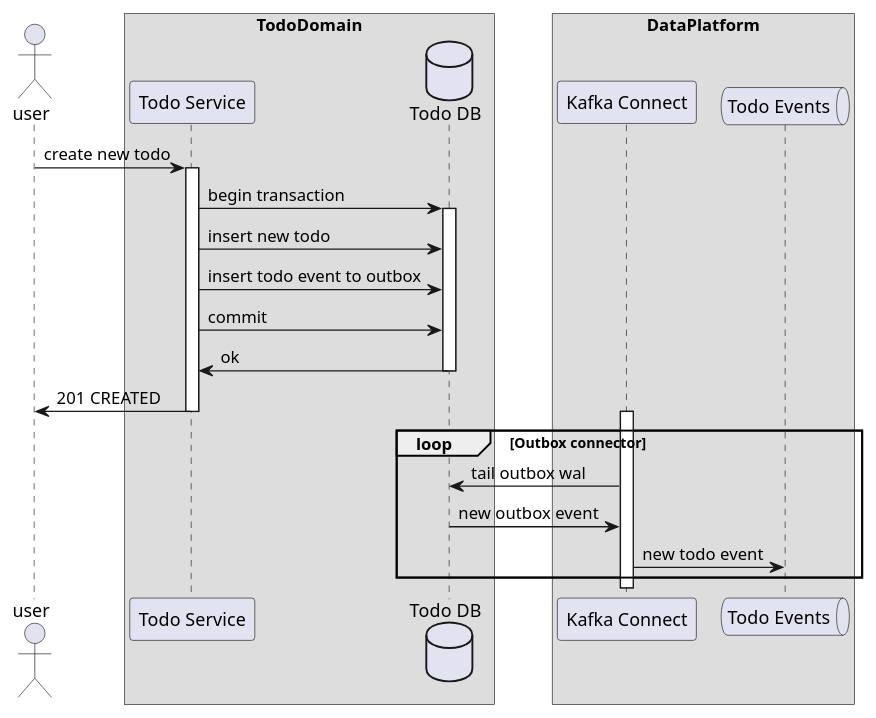
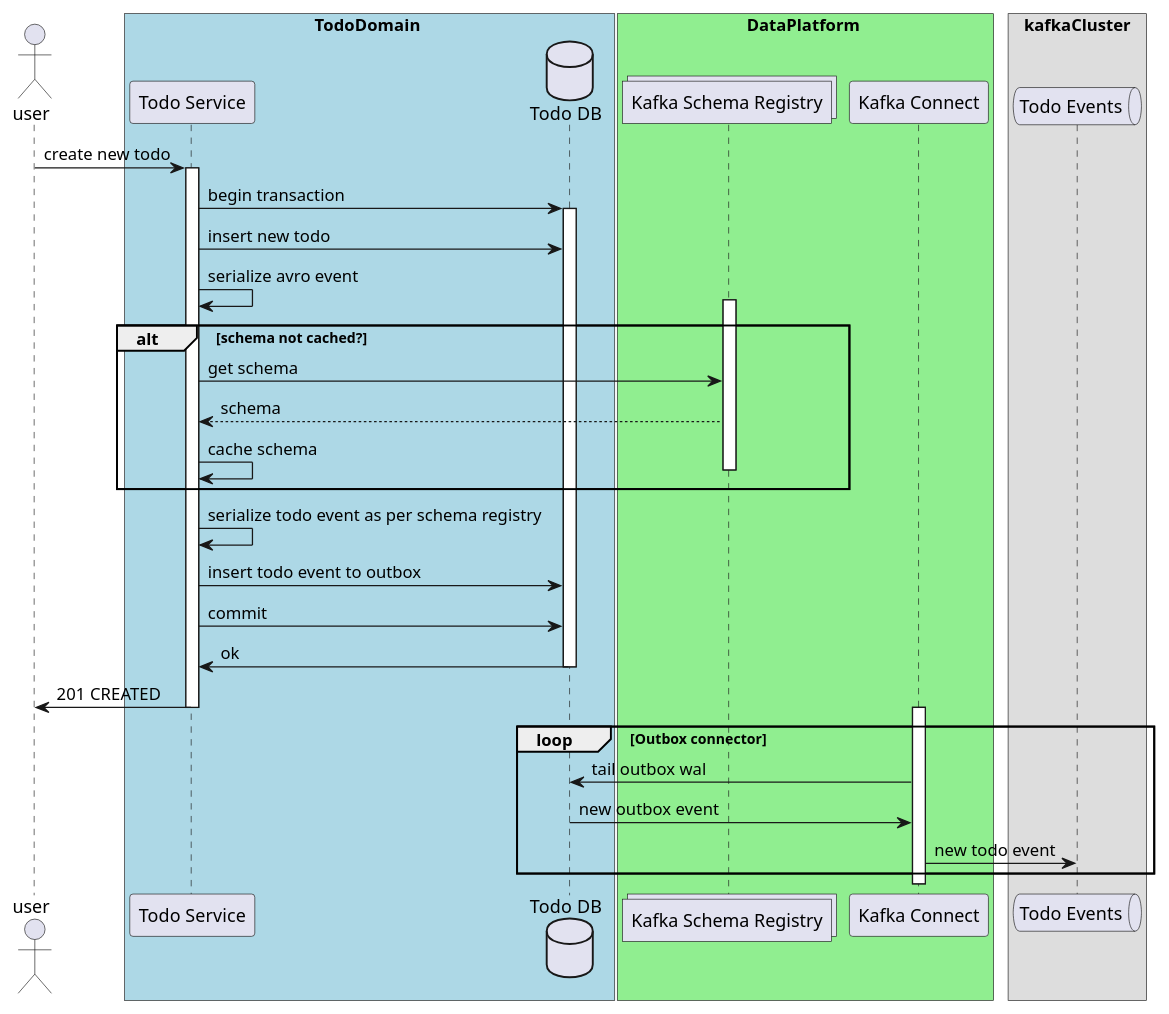
Before and after one commit to petebids/petebids.github.io: the diagram in diagram_sources/outbox_sequence.wsd, drawn with PlantUML. The commit also changed 2 other files, not shown here.

```diff
--- a/diagram_sources/outbox_sequence.wsd
+++ b/diagram_sources/outbox_sequence.wsd
@@ -1,36 +1,48 @@
 @startuml
 
-Actor user 
+Actor user
 
-box TodoDomain
+box TodoDomain #LightBlue
 participant "Todo Service"  as todo
 database "Todo DB" as tdb
 end box
 
-box DataPlatform
+box DataPlatform #LightGreen
+collections "Kafka Schema Registry" as ksc
 participant "Kafka Connect" as kc
+box kafkaCluster
 queue "Todo Events" as te
+end box
 end box
 
 
 user -> todo : create new todo
 activate todo
 todo -> tdb : begin transaction
 activate tdb
 todo -> tdb : insert new todo
-todo -> tdb : insert todo event to outbox 
+todo -> todo : serialize avro event
+alt schema not cached?
+    activate ksc
+    todo -> ksc : get schema
+    ksc --> todo : schema
+    todo -> todo : cache schema
+    deactivate ksc
+end
+todo -> todo : serialize todo event as per schema registry
+todo -> tdb : insert todo event to outbox
 todo -> tdb : commit
 tdb -> todo : ok
 deactivate tdb
 todo -> user : 201 CREATED
 deactivate todo
 
 activate kc
 loop Outbox connector
-kc -> tdb : tail outbox wal
-tdb -> kc : new outbox event
-kc -> te : new todo event 
+    kc -> tdb : tail outbox wal
+    tdb -> kc : new outbox event
+    kc -> te : new todo event
 
-end loop
+    end loop
 
-@enduml
+    @enduml
```
